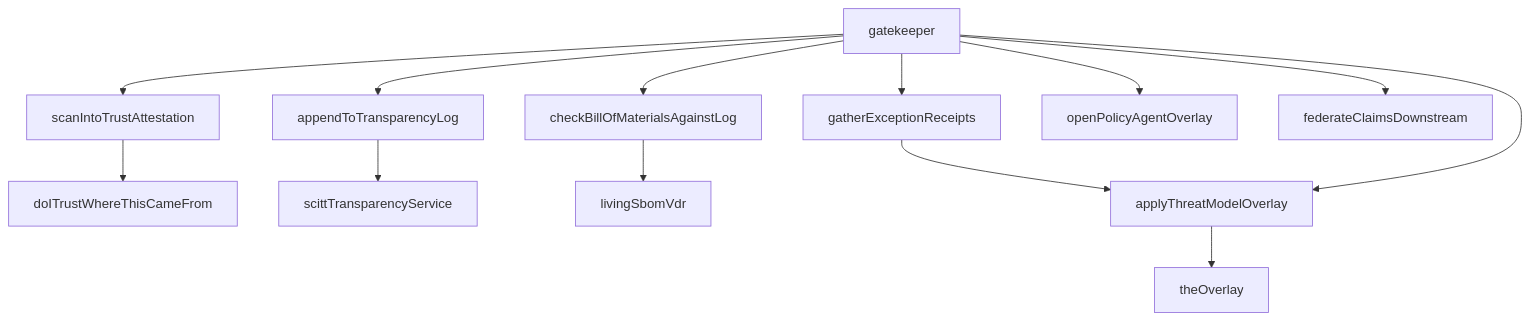
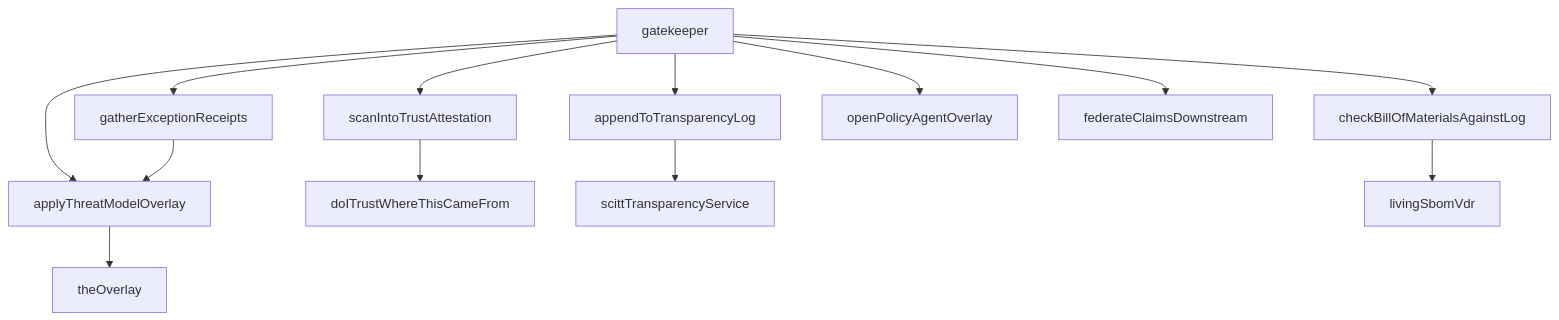
One commit to publicdomainrelay/open-architecture changed the fourth of 7 diagrams in ARCHITECTURE_REPORT.md. Above: the diagram before and after it, drawn with Mermaid. The commit also changed other lines of this file, not shown here.

First line of the commit message:
docs: final architecture report — 691/691 comms (100%)

````diff
--- a/ARCHITECTURE_REPORT.md
+++ b/ARCHITECTURE_REPORT.md
@@ -244,15 +235,16 @@
 ```mermaid
 graph TD
-  gatekeeper --> scanIntoTrustAttestation
-  scanIntoTrustAttestation --> doITrustWhereThisCameFrom
-  gatekeeper --> appendToTransparencyLog
-  appendToTransparencyLog --> scittTransparencyService
-  gatekeeper --> checkBillOfMaterialsAgainstLog
-  checkBillOfMaterialsAgainstLog --> livingSbomVdr
-  gatekeeper --> gatherExceptionReceipts
-  gatherExceptionReceipts --> applyThreatModelOverlay
-  gatekeeper --> openPolicyAgentOverlay
-  gatekeeper --> applyThreatModelOverlay
-  applyThreatModelOverlay --> theOverlay
-  gatekeeper --> federateClaimsDownstream
+  GK[gatekeeper] --> SITA[scanIntoTrustAttestation]
+  GK --> ATL[appendToTransparencyLog]
+  GK --> CBOMAL[checkBillOfMaterialsAgainstLog]
+  GK --> GER[gatherExceptionReceipts]
+  GK --> OPAO[openPolicyAgentOverlay]
+  GK --> ATMO[applyThreatModelOverlay]
+  GK --> FCD[federateClaimsDownstream]
+
+  SITA --> DITWCF[doITrustWhereThisCameFrom]
+  ATL --> STS[scittTransparencyService]
+  CBOMAL --> LSVDR[livingSbomVdr]
+  GER --> ATMO
+  ATMO --> TO[theOverlay]
 ```
````
